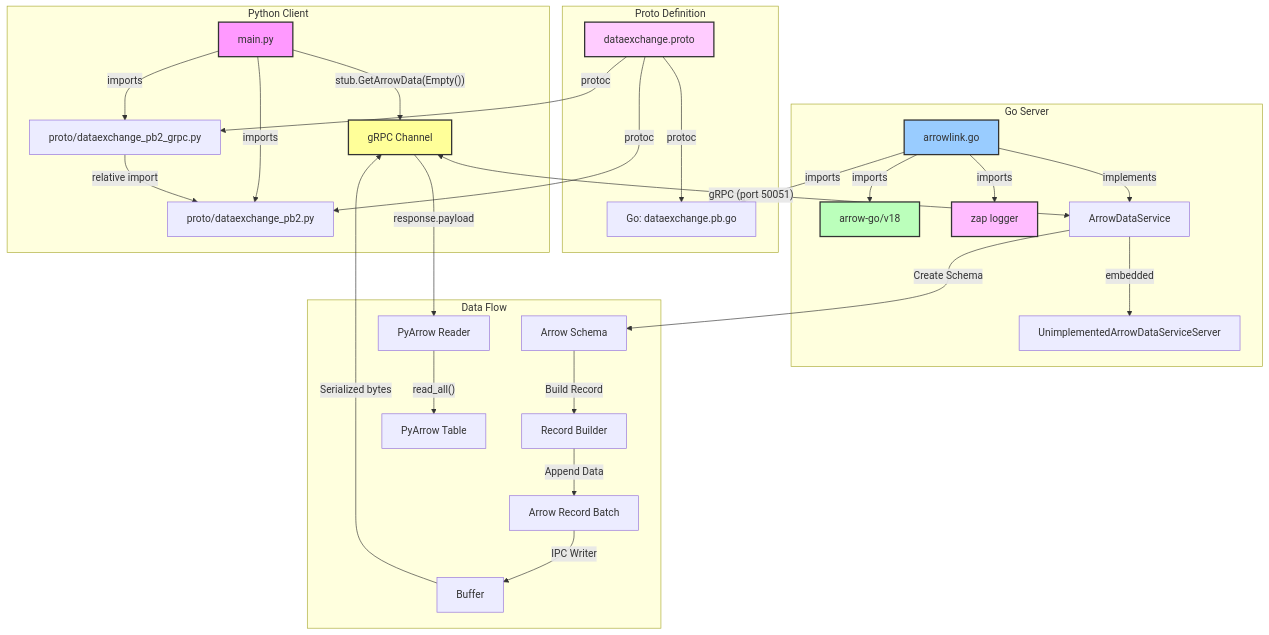
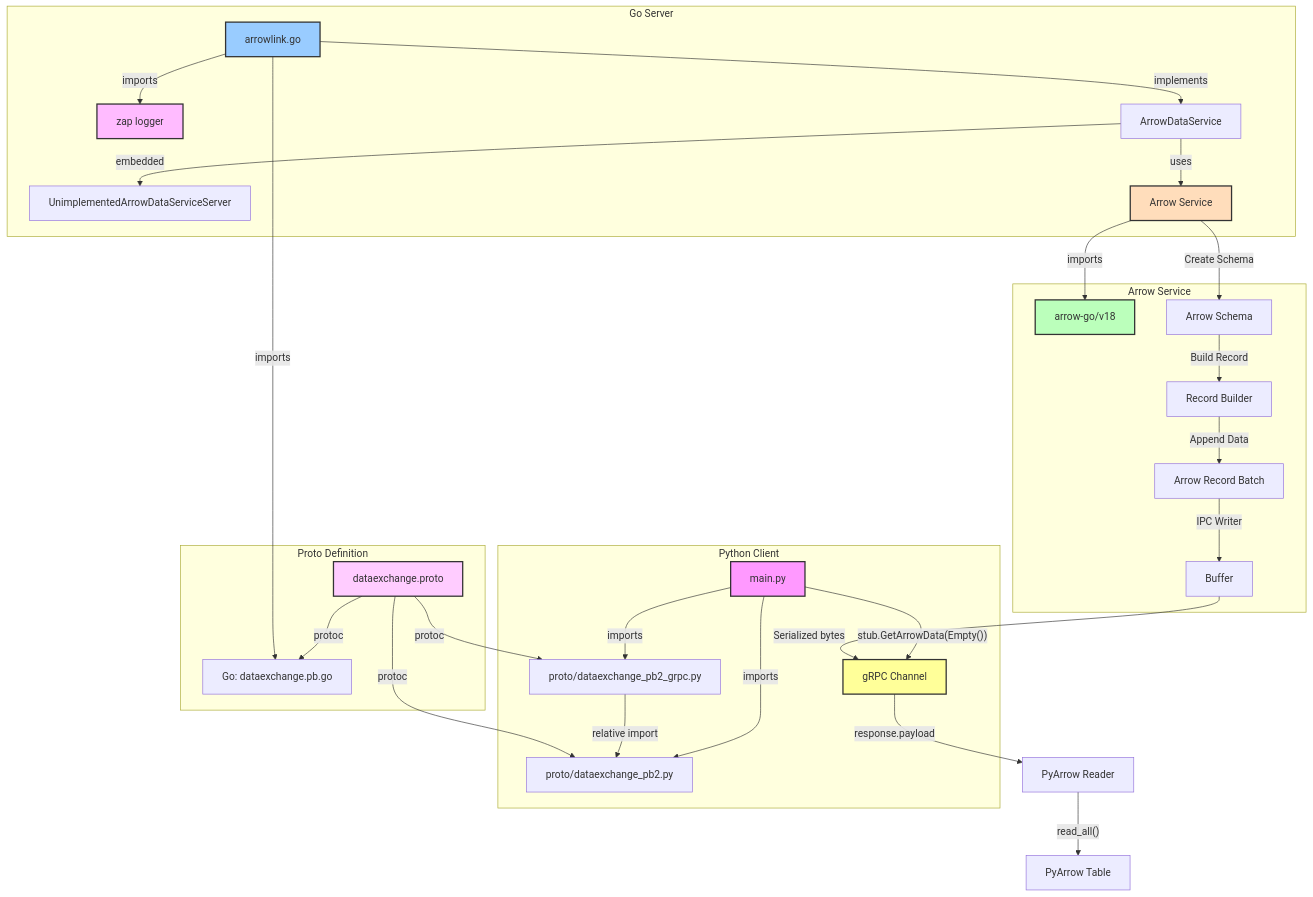
Before and after one commit to TFMV/ArrowLink: the diagram in docs/overview.mmd, drawn with Mermaid. The commit also changed 3 other files, not shown here.

```diff
--- a/docs/overview.mmd
+++ b/docs/overview.mmd
@@ -1,40 +1,41 @@
 graph TD
     subgraph "Python Client"
         A[main.py] --> |imports| B[proto/dataexchange_pb2_grpc.py]
         A --> |imports| C[proto/dataexchange_pb2.py]
         B --> |relative import| C
         A --> |"stub.GetArrowData(Empty())"| D[gRPC Channel]
     end
 
     subgraph "Proto Definition"
         E[dataexchange.proto] --> |protoc| B
         E --> |protoc| C
         E --> |protoc| F[Go: dataexchange.pb.go]
     end
 
     subgraph "Go Server"
         G[arrowlink.go] --> |imports| F
-        G --> |imports| L[arrow-go/v18]
         G --> |imports| M[zap logger]
         G --> |implements| H[ArrowDataService]
         H --> |embedded| N[UnimplementedArrowDataServiceServer]
+        H --> |uses| S[Arrow Service]
     end
 
-    D <--> |"gRPC (port 50051)"| H
-
-    subgraph "Data Flow"
-        H --> |"Create Schema"| O[Arrow Schema]
+    subgraph "Arrow Service"
+        S --> |imports| L[arrow-go/v18]
+        S --> |"Create Schema"| O[Arrow Schema]
         O --> |"Build Record"| P[Record Builder]
         P --> |"Append Data"| I[Arrow Record Batch]
         I --> |"IPC Writer"| Q[Buffer]
-        Q --> |"Serialized bytes"| D
-        D --> |"response.payload"| J[PyArrow Reader]
-        J --> |"read_all()"| R[PyArrow Table]
     end
+
+    Q --> |"Serialized bytes"| D
+    D --> |"response.payload"| J[PyArrow Reader]
+    J --> |"read_all()"| R[PyArrow Table]
 
     style A fill:#f9f,stroke:#333,stroke-width:2px
     style G fill:#9cf,stroke:#333,stroke-width:2px
     style E fill:#fcf,stroke:#333,stroke-width:2px
     style D fill:#ff9,stroke:#333,stroke-width:2px
     style L fill:#bfb,stroke:#333,stroke-width:2px
     style M fill:#fbf,stroke:#333,stroke-width:2px
+    style S fill:#fdb,stroke:#333,stroke-width:2px
```
